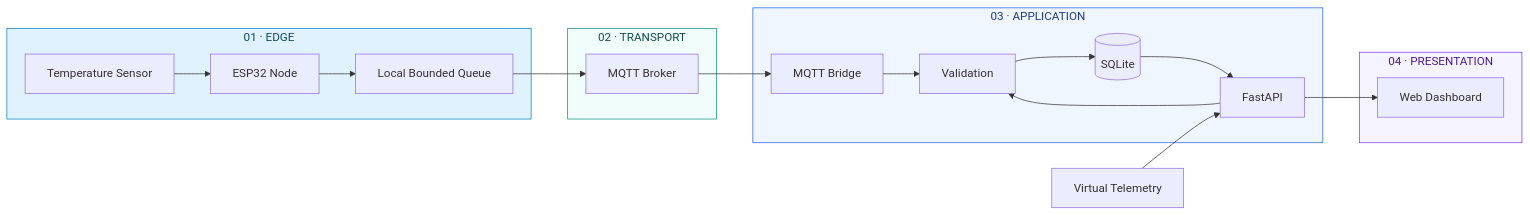
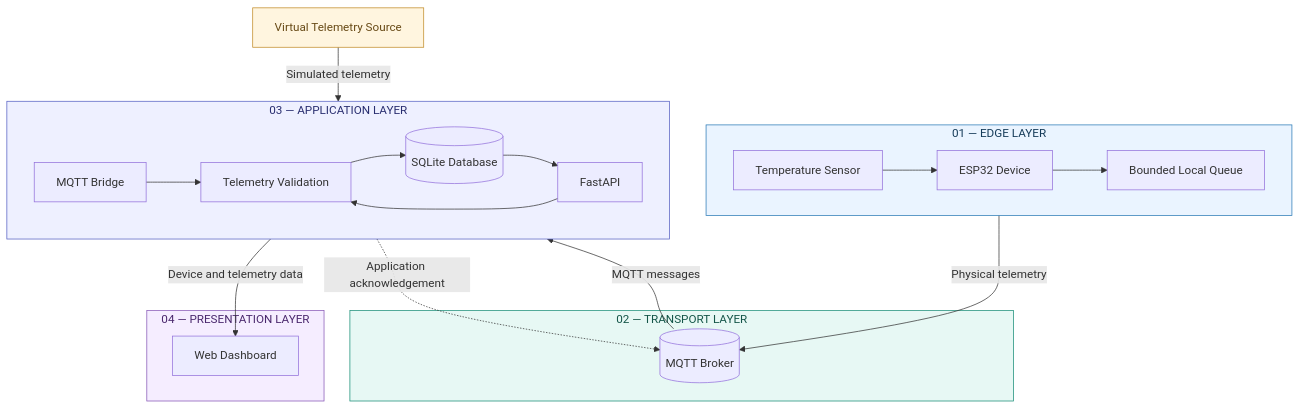
One commit to chamanvashishth/MW-SENSE changed the second of 5 diagrams in README.md. Above: the diagram before and after it, drawn with Mermaid. The commit also changed other lines of this file, not shown here.

````diff
--- a/README.md
+++ b/README.md
@@ -60,39 +71,45 @@
 ```mermaid
-flowchart LR
-    subgraph EDGE["01 · EDGE"]
-        ESP["ESP32 Node"]
+flowchart TB
+    subgraph EDGE["01 — EDGE LAYER"]
+        direction LR
         SENSOR["Temperature Sensor"]
-        QUEUE["Local Bounded Queue"]
-        SENSOR --> ESP --> QUEUE
+        ESP["ESP32 Device"]
+        QUEUE["Bounded Local Queue"]
+        SENSOR --> ESP
+        ESP --> QUEUE
     end
 
-    subgraph TRANSPORT["02 · TRANSPORT"]
-        MQTT["MQTT Broker"]
+    subgraph TRANSPORT["02 — TRANSPORT LAYER"]
+        BROKER[("MQTT Broker")]
     end
 
-    subgraph APPLICATION["03 · APPLICATION"]
+    subgraph APPLICATION["03 — APPLICATION LAYER"]
+        direction LR
         BRIDGE["MQTT Bridge"]
         API["FastAPI"]
-        VALIDATE["Validation"]
-        DB[("SQLite")]
-        BRIDGE --> VALIDATE
-        API --> VALIDATE
-        VALIDATE --> DB
+        VALIDATOR["Telemetry Validation"]
+        DB[("SQLite Database")]
+        BRIDGE --> VALIDATOR
+        API --> VALIDATOR
+        VALIDATOR --> DB
     end
 
-    subgraph PRESENTATION["04 · PRESENTATION"]
-        UI["Web Dashboard"]
+    subgraph PRESENTATION["04 — PRESENTATION LAYER"]
+        DASHBOARD["Web Dashboard"]
     end
 
-    QUEUE --> MQTT
-    MQTT --> BRIDGE
+    VIRTUAL["Virtual Telemetry Source"]
+
+    QUEUE -->|"Physical telemetry"| BROKER
+    BROKER -->|"MQTT messages"| BRIDGE
+    VIRTUAL -->|"Simulated telemetry"| API
     DB --> API
-    API --> UI
+    API -->|"Device and telemetry data"| DASHBOARD
+    BRIDGE -.->|"Application acknowledgement"| BROKER
 
-    VIRTUAL["Virtual Telemetry"] --> API
-
-    style EDGE fill:#e0f2fe,stroke:#0284c7,color:#0c4a6e
-    style TRANSPORT fill:#f0fdfa,stroke:#0d9488,color:#134e4a
-    style APPLICATION fill:#eff6ff,stroke:#2563eb,color:#1e3a8a
-    style PRESENTATION fill:#f5f3ff,stroke:#7c3aed,color:#4c1d95
+    style EDGE fill:#eaf4ff,stroke:#2878b5,color:#153b59
+    style TRANSPORT fill:#e7f8f4,stroke:#168c76,color:#145548
+    style APPLICATION fill:#eef0ff,stroke:#555fc2,color:#292e70
+    style PRESENTATION fill:#f5edff,stroke:#8655b5,color:#4a286d
+    style VIRTUAL fill:#fff5df,stroke:#c18b27,color:#684a16
 ```
````
